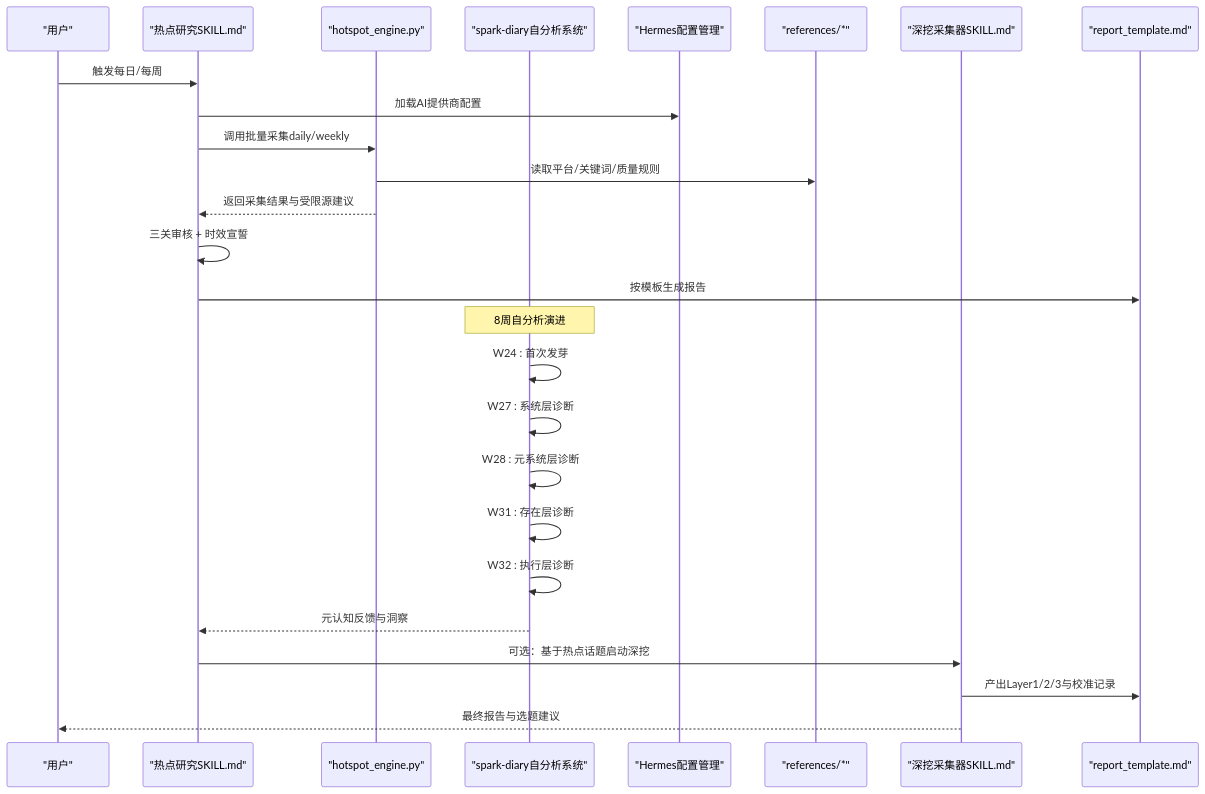
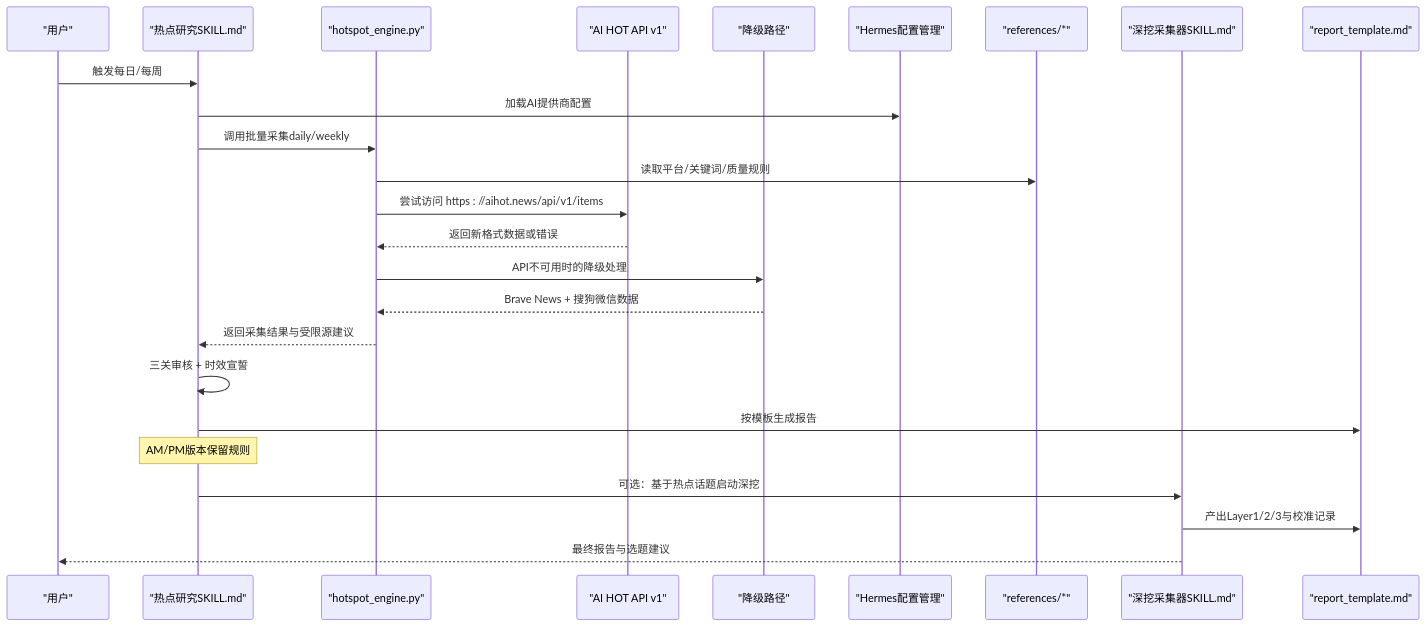
The second of 15 diagrams in .qoder/repowiki/zh/content/核心技能详解/核心技能详解.md (John198912/hermes_workspace), drawn with Mermaid before and after one commit. The commit also changed other lines of this file and 36 other files, not shown here.

````diff
--- a/.qoder/repowiki/zh/content/核心技能详解/核心技能详解.md
+++ b/.qoder/repowiki/zh/content/核心技能详解/核心技能详解.md
@@ -159,28 +155,27 @@
 ```mermaid
 sequenceDiagram
 participant User as "用户"
 participant Skill as "热点研究SKILL.md"
 participant Engine as "hotspot_engine.py"
-participant SparkDiary as "spark-diary自分析系统"
+participant AIHOT as "AI HOT API v1"
+participant Fallback as "降级路径"
 participant Hermes as "Hermes配置管理"
 participant Ref as "references/*"
 participant Excavator as "深挖采集器SKILL.md"
 participant Template as "report_template.md"
 User->>Skill : 触发每日/每周
 Skill->>Hermes : 加载AI提供商配置
 Skill->>Engine : 调用批量采集daily/weekly
 Engine->>Ref : 读取平台/关键词/质量规则
+Engine->>AIHOT : 尝试访问 https : //aihot.news/api/v1/items
+AIHOT-->>Engine : 返回新格式数据或错误
+Engine->>Fallback : API不可用时的降级处理
+Fallback-->>Engine : Brave News + 搜狗微信数据
 Engine-->>Skill : 返回采集结果与受限源建议
 Skill->>Skill : 三关审核 + 时效宣誓
 Skill->>Template : 按模板生成报告
-Note over SparkDiary : 8周自分析演进
-SparkDiary->>SparkDiary : W24 : 首次发芽
-SparkDiary->>SparkDiary : W27 : 系统层诊断
-SparkDiary->>SparkDiary : W28 : 元系统层诊断
-SparkDiary->>SparkDiary : W31 : 存在层诊断
-SparkDiary->>SparkDiary : W32 : 执行层诊断
-SparkDiary-->>Skill : 元认知反馈与洞察
+Note over Skill : AM/PM版本保留规则
 Skill->>Excavator : 可选：基于热点话题启动深挖
 Excavator->>Template : 产出Layer1/2/3与校准记录
 Excavator-->>User : 最终报告与选题建议
 ```
````
